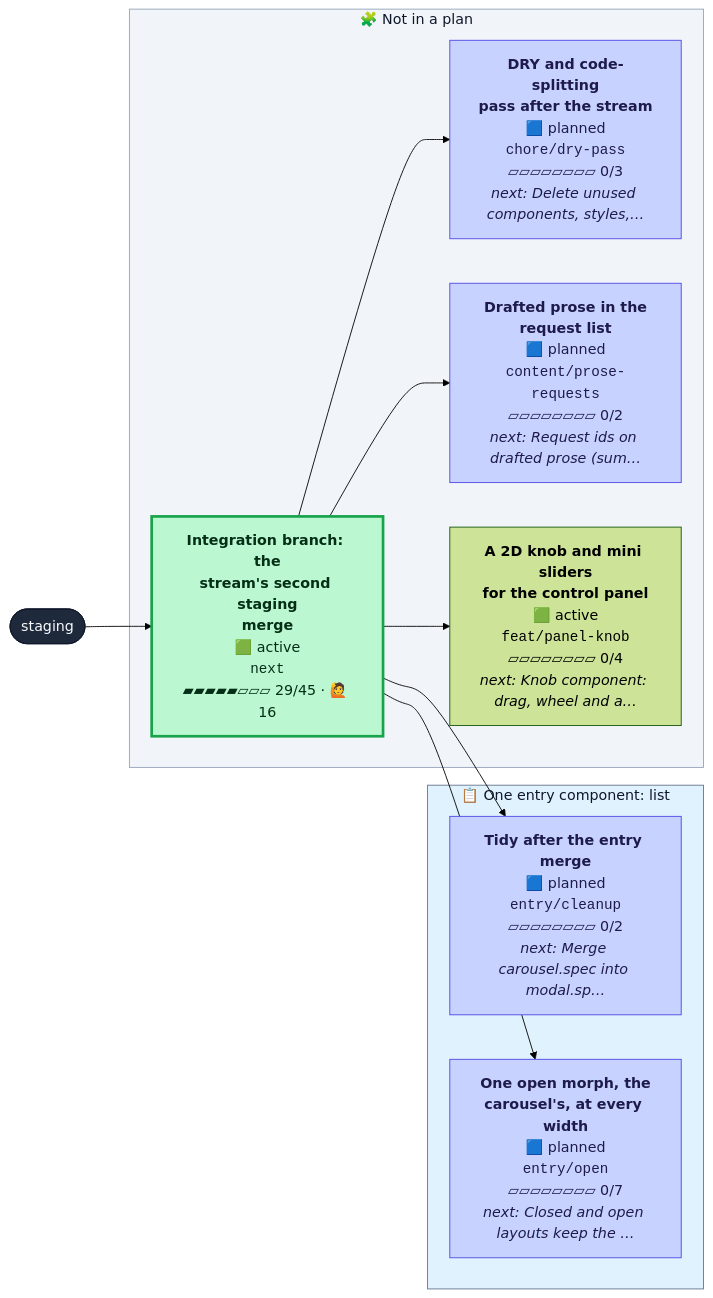
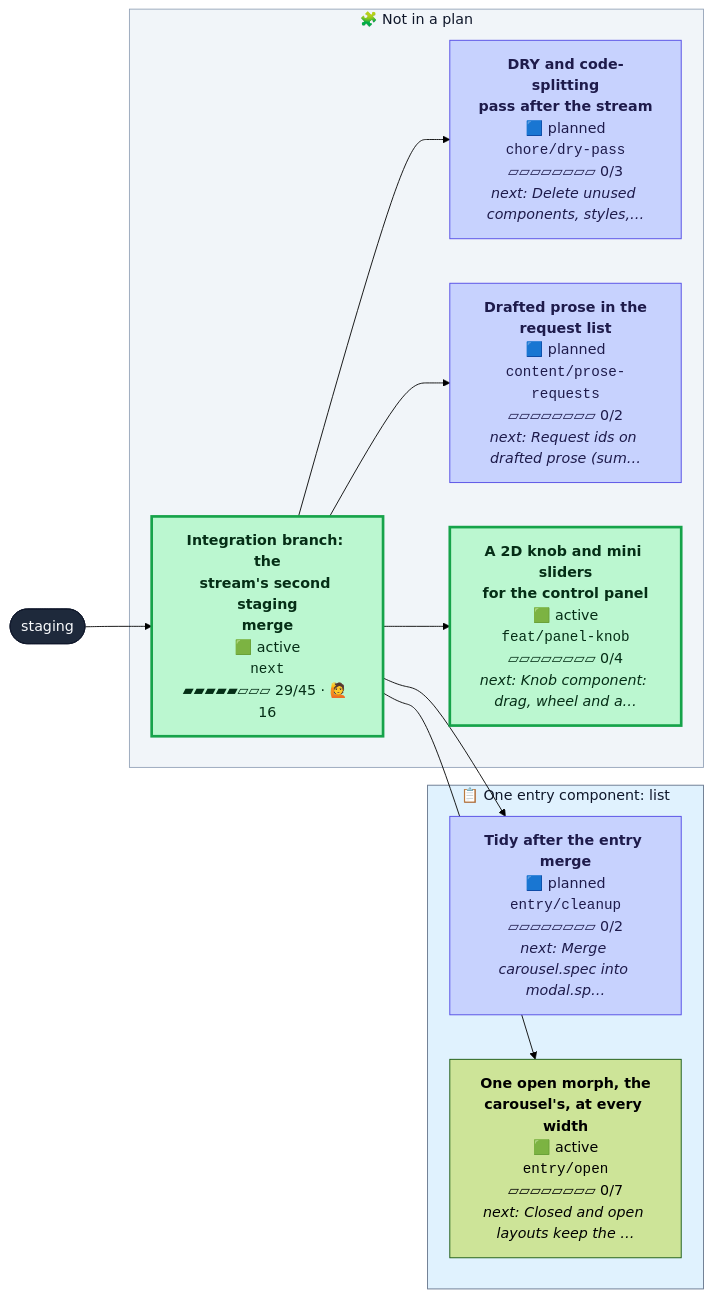
Before and after one commit to henryjonescodes/portfolio: the second of 2 diagrams in CONTRIBUTING.md, drawn with Mermaid (forest theme). The commit also changed other lines of this file and 1 other file, not shown here.

````diff
--- a/CONTRIBUTING.md
+++ b/CONTRIBUTING.md
@@ -69,38 +96,38 @@
 ```mermaid
 flowchart LR
   n_staging([staging])
   class n_staging trunk
   subgraph plan_0["📋 One entry component: list"]
     n_entry_cleanup["<b>Tidy after the entry merge</b><br/>🟦 planned<br/><code>entry/cleanup</code><br/>▱▱▱▱▱▱▱▱ 0/2<br/><i>next: Merge carousel.spec into modal.sp…</i>"]
     class n_entry_cleanup planned
-    n_entry_open["<b>One open morph, the<br/>carousel's, at every width</b><br/>🟦 planned<br/><code>entry/open</code><br/>▱▱▱▱▱▱▱▱ 0/7<br/><i>next: Closed and open layouts keep the …</i>"]
-    class n_entry_open planned
+    n_entry_open["<b>One open morph, the<br/>carousel's, at every width</b><br/>🟩 active<br/><code>entry/open</code><br/>▱▱▱▱▱▱▱▱ 0/7<br/><i>next: Closed and open layouts keep the …</i>"]
+    class n_entry_open active,current
   end
   style plan_0 fill:#e0f2fe,stroke:#64748b,color:#0f172a
   subgraph loose["🧩 Not in a plan"]
     n_chore_dry_pass["<b>DRY and code-splitting<br/>pass after the stream</b><br/>🟦 planned<br/><code>chore/dry-pass</code><br/>▱▱▱▱▱▱▱▱ 0/3<br/><i>next: Delete unused components, styles,…</i>"]
     class n_chore_dry_pass planned
     n_content_prose_requests["<b>Drafted prose in the<br/>request list</b><br/>🟦 planned<br/><code>content/prose-requests</code><br/>▱▱▱▱▱▱▱▱ 0/2<br/><i>next: Request ids on drafted prose (sum…</i>"]
     class n_content_prose_requests planned
     n_feat_panel_knob["<b>A 2D knob and mini sliders<br/>for the control panel</b><br/>🟩 active<br/><code>feat/panel-knob</code><br/>▱▱▱▱▱▱▱▱ 0/4<br/><i>next: Knob component: drag, wheel and a…</i>"]
-    class n_feat_panel_knob active,current
+    class n_feat_panel_knob active
     n_next["<b>Integration branch: the<br/>stream's second staging<br/>merge</b><br/>🟩 active<br/><code>next</code><br/>▰▰▰▰▰▱▱▱ 29/45 · 🙋 16"]
     class n_next active
   end
   style loose fill:#f1f5f9,stroke:#94a3b8,color:#0f172a
   n_next --> n_chore_dry_pass
   n_next --> n_content_prose_requests
   n_next --> n_entry_cleanup
   n_next --> n_entry_open
   n_next --> n_feat_panel_knob
   n_staging --> n_next
   classDef merged fill:#dcfce7,stroke:#16a34a,color:#052e16
   classDef todo fill:#ffffff,stroke:#94a3b8,stroke-dasharray:2 2,color:#334155
   classDef planned fill:#c7d2fe,stroke:#4f46e5,color:#1e1b4b
   classDef sketched fill:#f8fafc,stroke:#64748b,stroke-dasharray:4 3,color:#334155
   classDef active fill:#bbf7d0,stroke:#16a34a,stroke-width:3px,color:#052e16
   classDef review fill:#fde68a,stroke:#d97706,stroke-width:3px,color:#451a03
   classDef blocked fill:#fecaca,stroke:#dc2626,stroke-width:3px,color:#450a0a
   classDef trunk fill:#1e293b,stroke:#0f172a,color:#f8fafc
   classDef current stroke:#0ea5e9,stroke-width:5px
 ```
````
